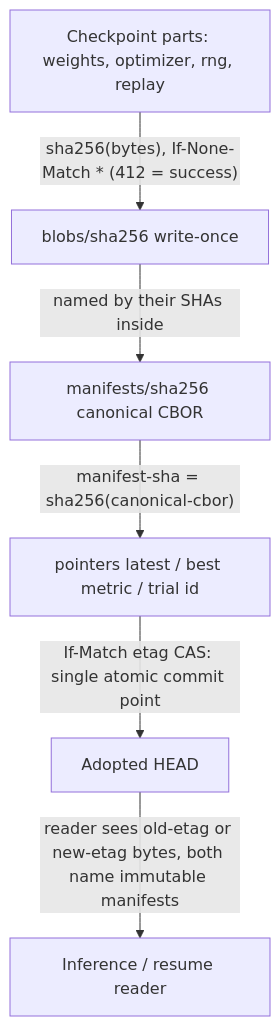
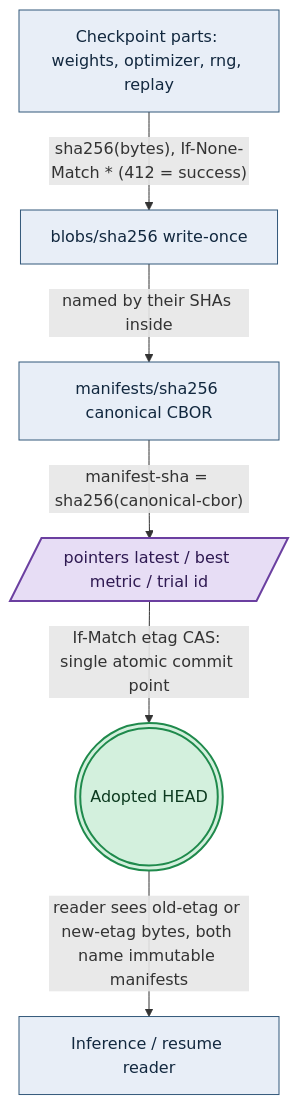
The first of 2 diagrams in documents/engineering/content_addressing_doctrine.md (Tuee22/amoebius), drawn with Mermaid before and after one commit. The commit also changed other lines of this file and 36 other files, not shown here.

````diff
--- a/documents/engineering/content_addressing_doctrine.md
+++ b/documents/engineering/content_addressing_doctrine.md
@@ -198,8 +200,11 @@
 ```mermaid
 flowchart TD
-  parts[Checkpoint parts: weights, optimizer, rng, replay] -->|"sha256(bytes), If-None-Match * (412 = success)"| blobs[blobs/sha256 write-once]
-  blobs -->|named by their SHAs inside| manifest[manifests/sha256 canonical CBOR]
-  manifest -->|"manifest-sha = sha256(canonical-cbor)"| ptr[pointers latest / best metric / trial id]
-  ptr -->|"If-Match etag CAS: single atomic commit point"| head[Adopted HEAD]
-  head -->|"reader sees old-etag or new-etag bytes, both name immutable manifests"| reader[Inference / resume reader]
+  parts["Checkpoint parts: weights, optimizer, rng, replay"]:::intent -->|"sha256(bytes), If-None-Match * (412 = success)"| blobs["blobs/sha256 write-once"]:::intent
+  blobs -->|named by their SHAs inside| manifest["manifests/sha256 canonical CBOR"]:::intent
+  manifest -->|"manifest-sha = sha256(canonical-cbor)"| ptr[/"pointers latest / best metric / trial id"/]:::effect
+  ptr -->|"If-Match etag CAS: single atomic commit point"| head((("Adopted HEAD"))):::seal
+  head -->|"reader sees old-etag or new-etag bytes, both name immutable manifests"| reader["Inference / resume reader"]:::intent
+  classDef intent   fill:#e8eef7,stroke:#33587a,color:#12283f,stroke-width:1px
+  classDef effect   fill:#e7ddf5,stroke:#6b3fa0,color:#2f1a52,stroke-width:2px
+  classDef seal     fill:#d3f0dd,stroke:#1f8a4c,color:#0c3a1f,stroke-width:2px
 ```
````
